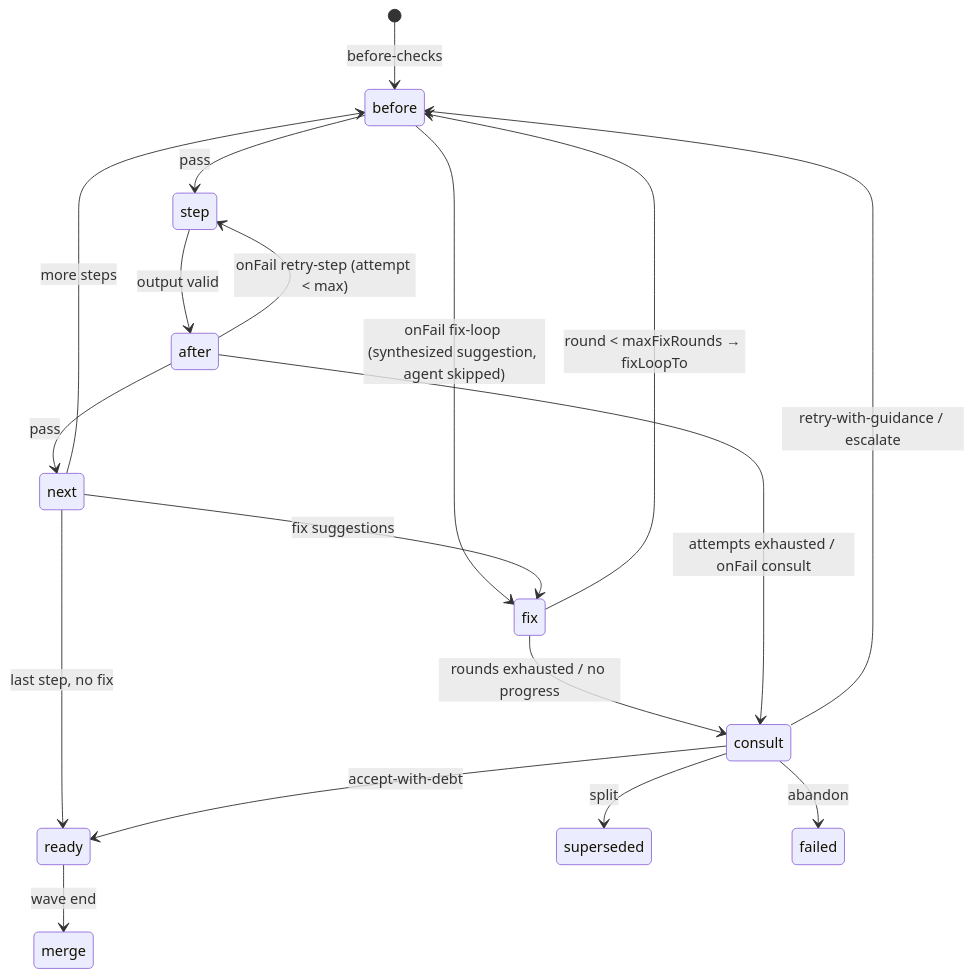
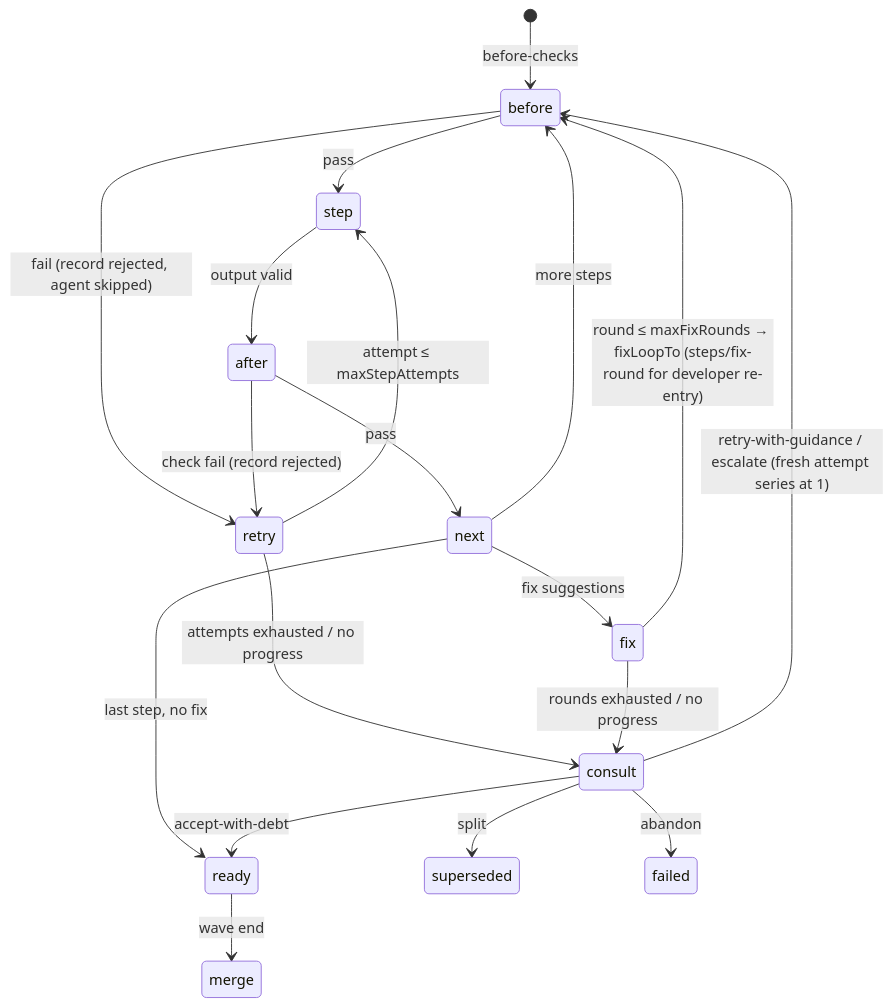
Before and after one commit to szavadsky/agentic-swarm: the second of 2 diagrams in plugins/software-factory/docs/ARCHITECTURE.md, drawn with Mermaid. The commit also changed other lines of this file and 4 other files, not shown here.

Commit message:
docs: reconcile ARCHITECTURE/README/adapter/config commentary with implemented behavior; prompt-cache safety section

````diff
--- a/plugins/software-factory/docs/ARCHITECTURE.md
+++ b/plugins/software-factory/docs/ARCHITECTURE.md
@@ -231,20 +237,21 @@
 ```mermaid
 stateDiagram-v2
   [*] --> before: before-checks
   before --> step: pass
-  before --> fix: onFail fix-loop (synthesized suggestion, agent skipped)
+  before --> retry: fail (record rejected, agent skipped)
   step --> after: output valid
-  after --> step: onFail retry-step (attempt < max)
+  after --> retry: check fail (record rejected)
   after --> next: pass
   next --> before: more steps
   next --> fix: fix suggestions
   next --> ready: last step, no fix
-  fix --> before: round < maxFixRounds → fixLoopTo
+  retry --> step: attempt ≤ maxStepAttempts
+  retry --> consult: attempts exhausted / no progress
+  fix --> before: round ≤ maxFixRounds → fixLoopTo (steps/fix-round for developer re-entry)
   fix --> consult: rounds exhausted / no progress
-  after --> consult: attempts exhausted / onFail consult
-  consult --> before: retry-with-guidance / escalate
+  consult --> before: retry-with-guidance / escalate (fresh attempt series at 1)
   consult --> superseded: split
   consult --> failed: abandon
   consult --> ready: accept-with-debt
   ready --> merge: wave end
 ```
````
